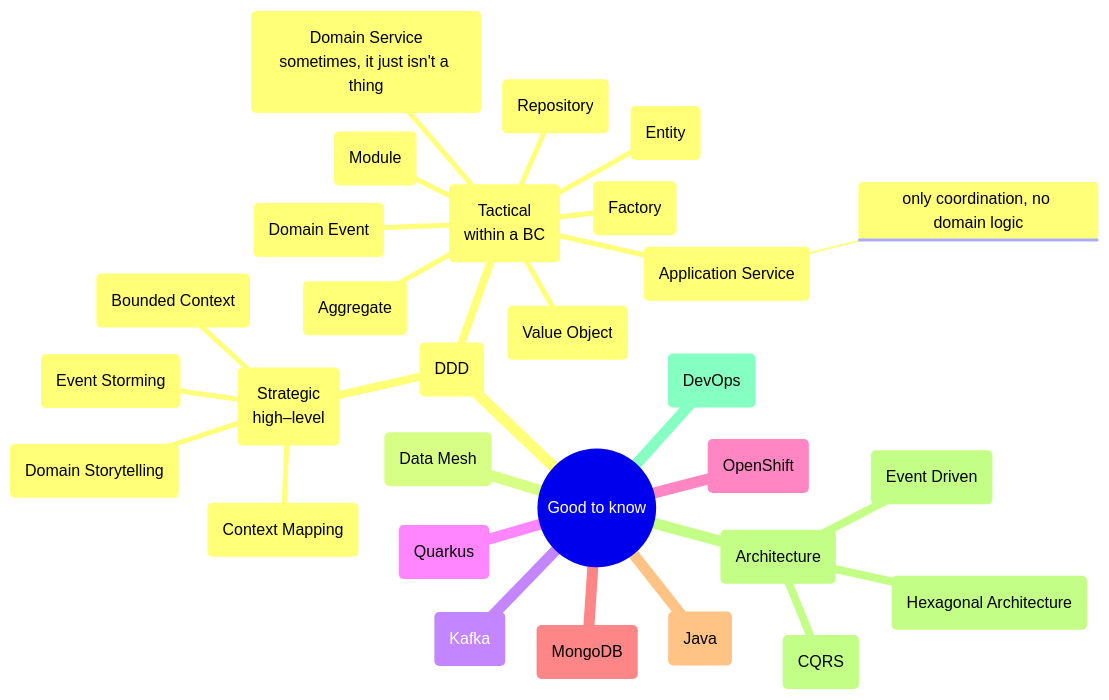
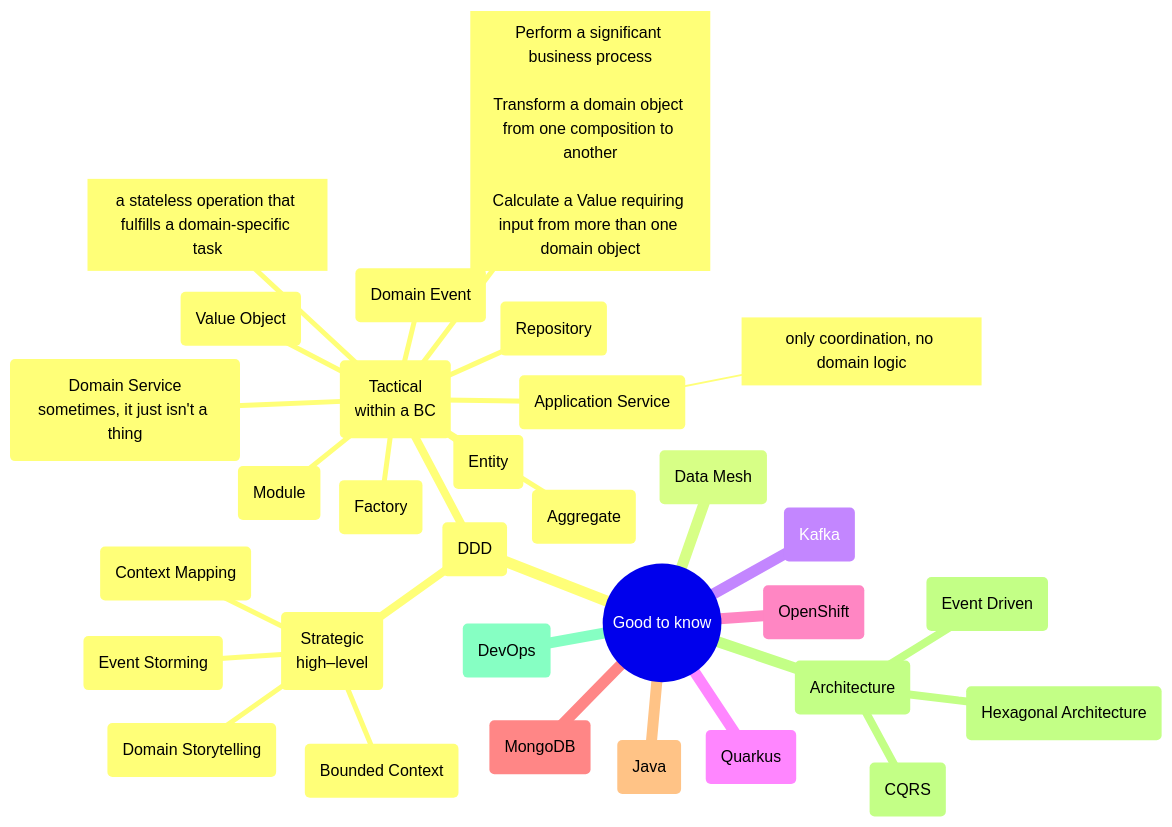
The diagram in README.md (mhaspra/mindmaps), drawn with Mermaid before and after one commit.

````diff
--- a/README.md
+++ b/README.md
@@ -2,32 +2,36 @@
 ```mermaid
  mindmap
   root((Good to know))
    (DDD)
     (Strategic<br>high–level)
      (Domain Storytelling)
      (Event Storming)
      (Context Mapping)
      (Bounded Context)
     (Tactical<br>within a BC)
      (Value Object)
      (Entity)
      (Aggregate)
      (Domain Service<br>sometimes, it just isn't a thing)
+     [a stateless operation that fulfills a domain-specific task]
+     [Perform a significant business process<br>
+      Transform a domain object from one composition to another<br>
+      Calculate a Value requiring input from more than one domain object]
      (Domain Event)
      (Factory)
      (Repository)
      (Module)
      (Application Service)
-      only coordination, no domain logic
+      [only coordination, no domain logic]
    (Data Mesh)
    (Kafka)
    (Quarkus)
    (OpenShift)
    (MongoDB)
    (Java)
    (Architecture)
     (Hexagonal Architecture)
     (CQRS)
     (Event Driven)
    (DevOps)
 ```
````
